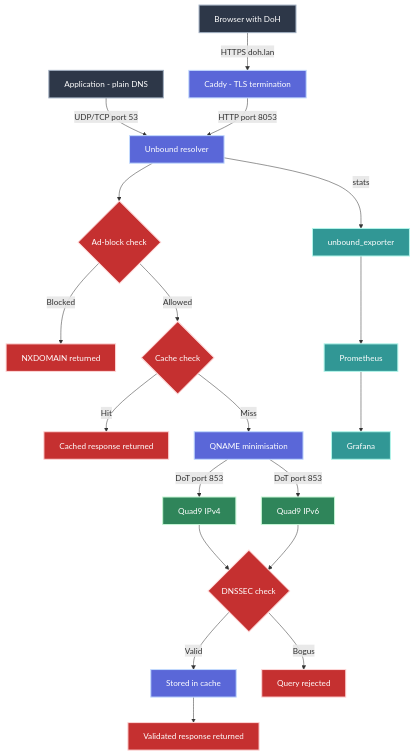
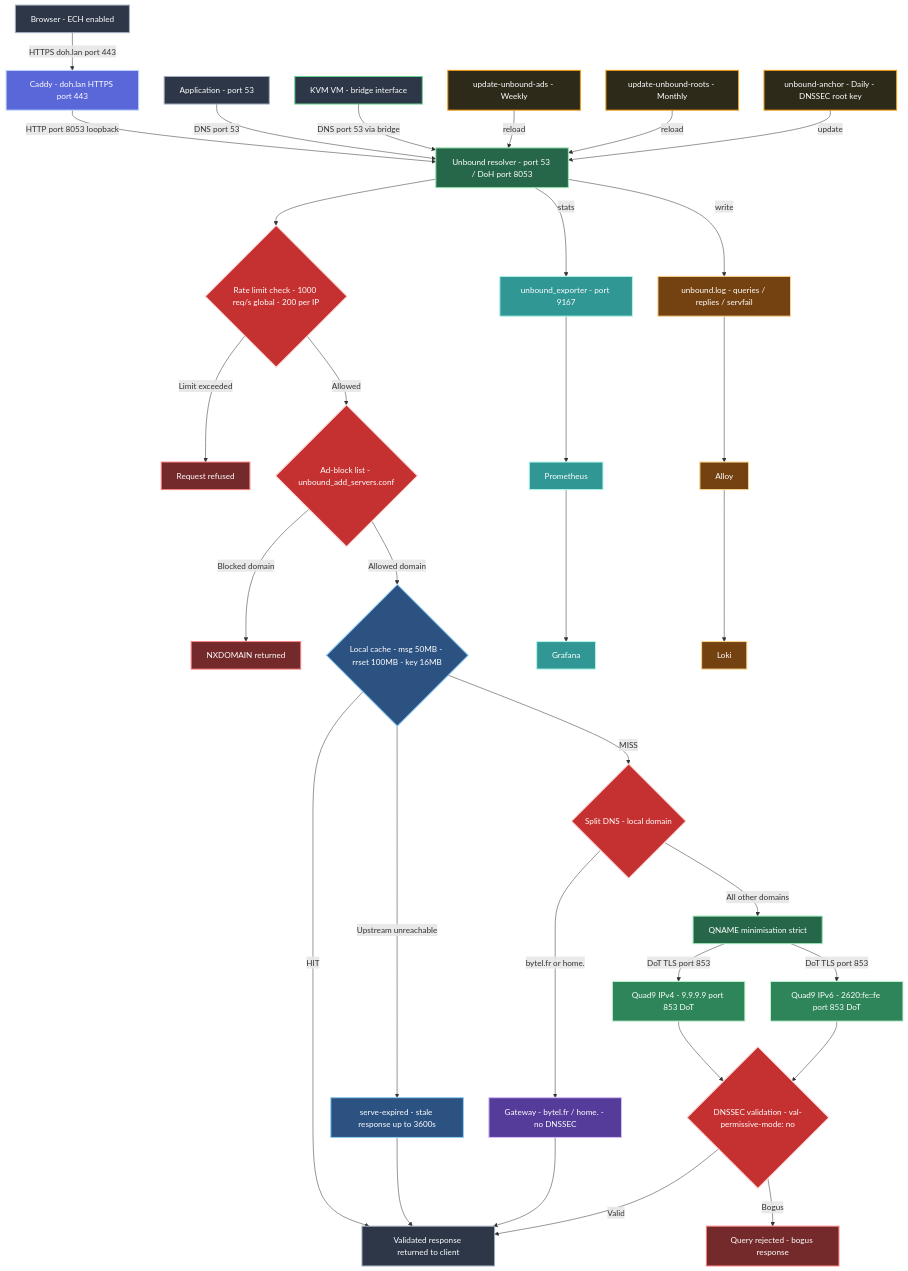
The diagram in README.md (crisis1er/unbound), drawn with Mermaid before and after one commit.

Commit message:
docs: complete DNS flow diagram - KVM, rate limit, split DNS, DNSSEC, monitoring, logs

````diff
--- a/README.md
+++ b/README.md
@@ -32,53 +32,99 @@
 ```mermaid
 flowchart TD
     classDef client fill:#2d3748,stroke:#a0aec0,stroke-width:2px,color:#fff
-    classDef service fill:#5a67d8,stroke:#c3dafe,stroke-width:2px,color:#fff
+    classDef kvm fill:#2d3748,stroke:#68d391,stroke-width:2px,color:#fff
+    classDef proxy fill:#5a67d8,stroke:#c3dafe,stroke-width:2px,color:#fff
+    classDef resolver fill:#276749,stroke:#9ae6b4,stroke-width:2px,color:#fff
     classDef decision fill:#c53030,stroke:#fed7d7,stroke-width:2px,color:#fff
-    classDef external fill:#2f855a,stroke:#c6f6d5,stroke-width:2px,color:#fff
+    classDef blocked fill:#742a2a,stroke:#fc8181,stroke-width:2px,color:#fff
+    classDef cache fill:#2c5282,stroke:#90cdf4,stroke-width:2px,color:#fff
+    classDef local fill:#553c9a,stroke:#d6bcfa,stroke-width:2px,color:#fff
+    classDef upstream fill:#2f855a,stroke:#c6f6d5,stroke-width:2px,color:#fff
     classDef monitoring fill:#319795,stroke:#b2f5ea,stroke-width:2px,color:#fff
+    classDef logs fill:#744210,stroke:#fbd38d,stroke-width:2px,color:#fff
+    classDef maintenance fill:#2d2a1a,stroke:#f39c12,stroke-width:2px,color:#fff
 
-    A[Browser with DoH]:::client
-    B[Caddy - TLS termination]:::service
-    C[Application - plain DNS]:::client
-    D[Unbound resolver]:::service
-    E{Ad-block check}:::decision
-    F[NXDOMAIN returned]:::decision
-    G{Cache check}:::decision
-    H[Cached response returned]:::decision
-    I[QNAME minimisation]:::service
-    J[Quad9 IPv4]:::external
-    K[Quad9 IPv6]:::external
-    L{DNSSEC check}:::decision
-    M[Stored in cache]:::service
-    N[Query rejected]:::decision
-    O[Validated response returned]:::decision
-    P[unbound_exporter]:::monitoring
-    Q[Prometheus]:::monitoring
-    R[Grafana]:::monitoring
+    BROWSER["Browser - ECH enabled"]:::client
+    CADDY["Caddy - doh.lan HTTPS port 443"]:::proxy
+    APP["Application - port 53"]:::client
+    KVM["KVM VM - bridge interface"]:::kvm
 
-    A -->|HTTPS doh.lan| B
-    C -->|UDP/TCP port 53| D
-    B -->|HTTP port 8053| D
+    UNBOUND["Unbound resolver - port 53 / DoH port 8053"]:::resolver
 
-    D --> E
-    E -->|Blocked| F
-    E -->|Allowed| G
+    RATELIMIT{"Rate limit check - 1000 req/s global - 200 per IP"}:::decision
+    REJECTED_RL["Request refused"]:::blocked
 
-    G -->|Hit| H
-    G -->|Miss| I
+    ADBLOCK{"Ad-block list - unbound_add_servers.conf"}:::decision
+    NXDOMAIN["NXDOMAIN returned"]:::blocked
 
-    I -->|DoT port 853| J
-    I -->|DoT port 853| K
+    CACHE{"Local cache - msg 50MB - rrset 100MB - key 16MB"}:::cache
+    EXPIRED["serve-expired - stale response up to 3600s"]:::cache
 
-    J --> L
-    K --> L
+    DNSSPLIT{"Split DNS - local domain"}:::decision
 
-    L -->|Valid| M
-    L -->|Bogus| N
+    QMIN["QNAME minimisation strict"]:::resolver
 
-    M --> O
+    DNSSEC{"DNSSEC validation - val-permissive-mode: no"}:::decision
+    BOGUS["Query rejected - bogus response"]:::blocked
 
-    D -->|stats| P
-    P --> Q
-    Q --> R
+    GATEWAY["Gateway - bytel.fr / home. - no DNSSEC"]:::local
+    QUAD9["Quad9 IPv4 - 9.9.9.9 port 853 DoT"]:::upstream
+    QUAD9V6["Quad9 IPv6 - 2620:fe::fe port 853 DoT"]:::upstream
+
+    RESPONSE["Validated response returned to client"]:::client
+
+    EXPORTER["unbound_exporter - port 9167"]:::monitoring
+    PROMETHEUS["Prometheus"]:::monitoring
+    GRAFANA["Grafana"]:::monitoring
+
+    LOGFILE["unbound.log - queries / replies / servfail"]:::logs
+    ALLOY["Alloy"]:::logs
+    LOKI["Loki"]:::logs
+
+    ADS["update-unbound-ads - Weekly"]:::maintenance
+    ROOTS["update-unbound-roots - Monthly"]:::maintenance
+    ANCHOR["unbound-anchor - Daily - DNSSEC root key"]:::maintenance
+
+    BROWSER -->|"HTTPS doh.lan port 443"| CADDY
+    CADDY -->|"HTTP port 8053 loopback"| UNBOUND
+    APP -->|"DNS port 53"| UNBOUND
+    KVM -->|"DNS port 53 via bridge"| UNBOUND
+
+    UNBOUND --> RATELIMIT
+    RATELIMIT -->|"Limit exceeded"| REJECTED_RL
+    RATELIMIT -->|"Allowed"| ADBLOCK
+
+    ADBLOCK -->|"Blocked domain"| NXDOMAIN
+    ADBLOCK -->|"Allowed domain"| CACHE
+
+    CACHE -->|"HIT"| RESPONSE
+    CACHE -->|"MISS"| DNSSPLIT
+    CACHE -->|"Upstream unreachable"| EXPIRED
+    EXPIRED --> RESPONSE
+
+    DNSSPLIT -->|"bytel.fr or home."| GATEWAY
+    DNSSPLIT -->|"All other domains"| QMIN
+
+    GATEWAY --> RESPONSE
+
+    QMIN -->|"DoT TLS port 853"| QUAD9
+    QMIN -->|"DoT TLS port 853"| QUAD9V6
+
+    QUAD9 --> DNSSEC
+    QUAD9V6 --> DNSSEC
+
+    DNSSEC -->|"Valid"| RESPONSE
+    DNSSEC -->|"Bogus"| BOGUS
+
+    UNBOUND -->|"stats"| EXPORTER
+    EXPORTER --> PROMETHEUS
+    PROMETHEUS --> GRAFANA
+
+    UNBOUND -->|"write"| LOGFILE
+    LOGFILE --> ALLOY
+    ALLOY --> LOKI
+
+    ADS -->|"reload"| UNBOUND
+    ROOTS -->|"reload"| UNBOUND
+    ANCHOR -->|"update"| UNBOUND
 ```
````
